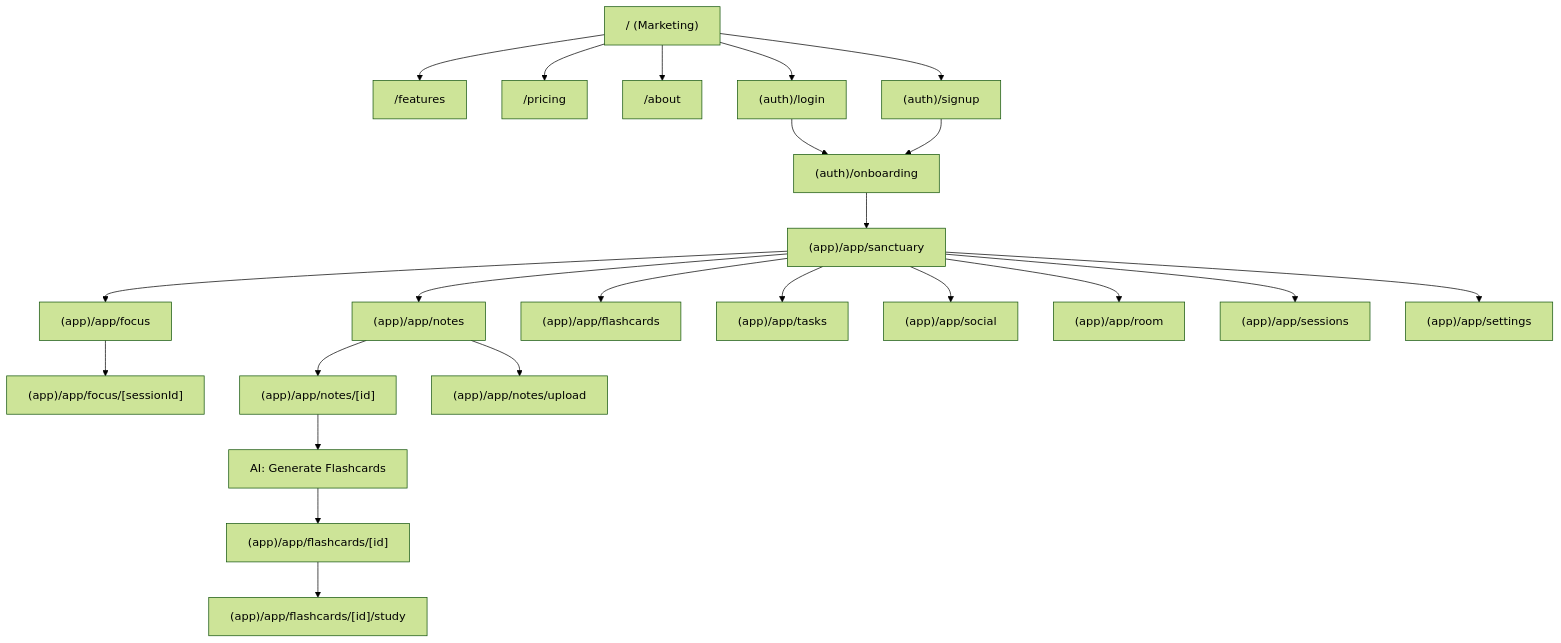
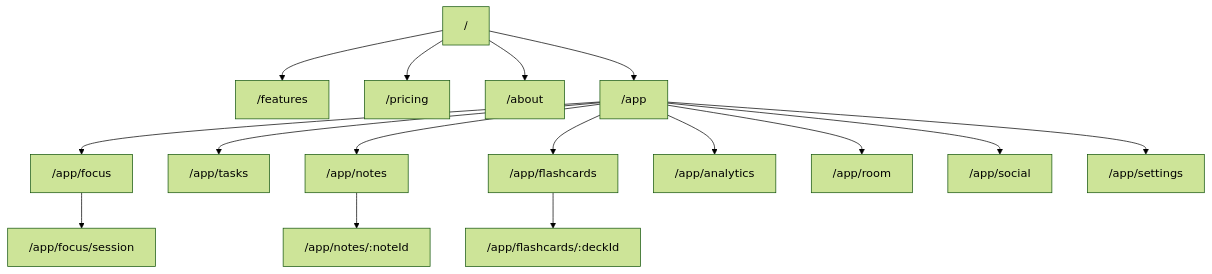
One commit to flcsezz/Komorebie changed the first of 5 diagrams in komorebie-architecture-plan.md. Above: the diagram before and after it, drawn with Mermaid (forest theme). The commit also changed other lines of this file and 56 other files, not shown here.

````diff
--- a/komorebie-architecture-plan.md
+++ b/komorebie-architecture-plan.md
@@ -128,28 +72,18 @@
 ```mermaid
 graph TD
-    Root["/ (Marketing)"] --> Features["/features"]
+    Root["/"] --> Features["/features"]
     Root --> Pricing["/pricing"]
     Root --> About["/about"]
-    Root --> Login["(auth)/login"]
-    Root --> Signup["(auth)/signup"]
-    Login --> Onboarding["(auth)/onboarding"]
-    Signup --> Onboarding
-
-    Onboarding --> Sanctuary["(app)/app/sanctuary"]
-
-    Sanctuary --> Focus["(app)/app/focus"]
-    Sanctuary --> Notes["(app)/app/notes"]
-    Sanctuary --> Flashcards["(app)/app/flashcards"]
-    Sanctuary --> Tasks["(app)/app/tasks"]
-    Sanctuary --> Social["(app)/app/social"]
-    Sanctuary --> Room["(app)/app/room"]
-    Sanctuary --> Sessions["(app)/app/sessions"]
-    Sanctuary --> Settings["(app)/app/settings"]
-
-    Focus --> ActiveSession["(app)/app/focus/[sessionId]"]
-    Notes --> NoteDetail["(app)/app/notes/[id]"]
-    Notes --> NoteUpload["(app)/app/notes/upload"]
-    NoteDetail --> FlashcardGen["AI: Generate Flashcards"]
-    FlashcardGen --> FlashcardDeck["(app)/app/flashcards/[id]"]
-    FlashcardDeck --> Study["(app)/app/flashcards/[id]/study"]
+    Root --> App["/app"]
+    App --> Focus["/app/focus"]
+    App --> Tasks["/app/tasks"]
+    App --> Notes["/app/notes"]
+    App --> Flashcards["/app/flashcards"]
+    App --> Analytics["/app/analytics"]
+    App --> Room["/app/room"]
+    App --> Social["/app/social"]
+    App --> Settings["/app/settings"]
+    Focus --> ActiveSession["/app/focus/session"]
+    Notes --> NoteDetail["/app/notes/:noteId"]
+    Flashcards --> DeckDetail["/app/flashcards/:deckId"]
 ```
````
